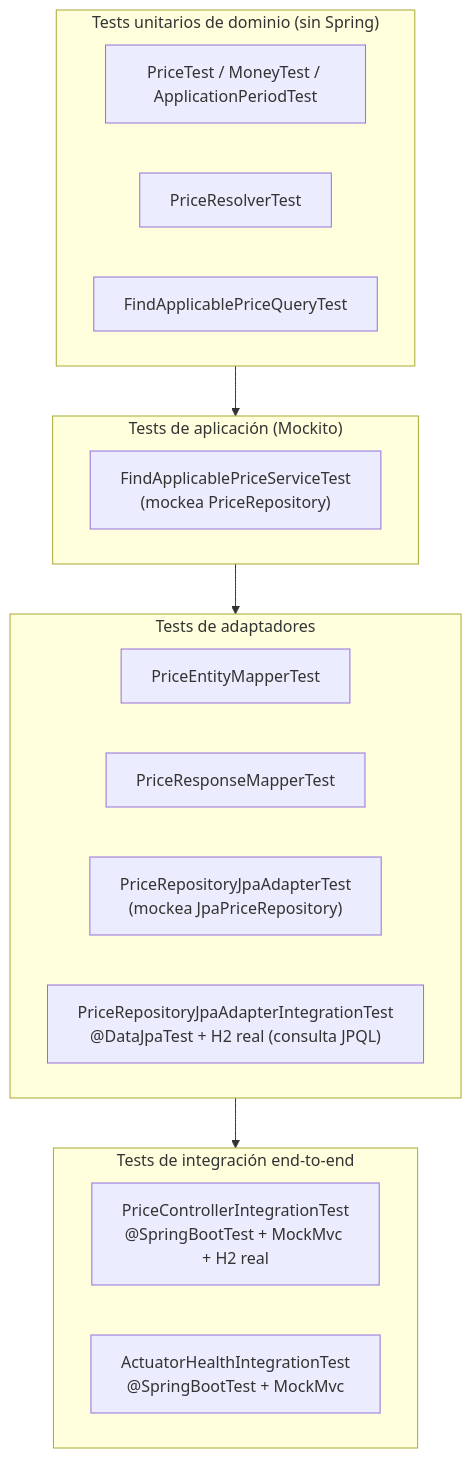
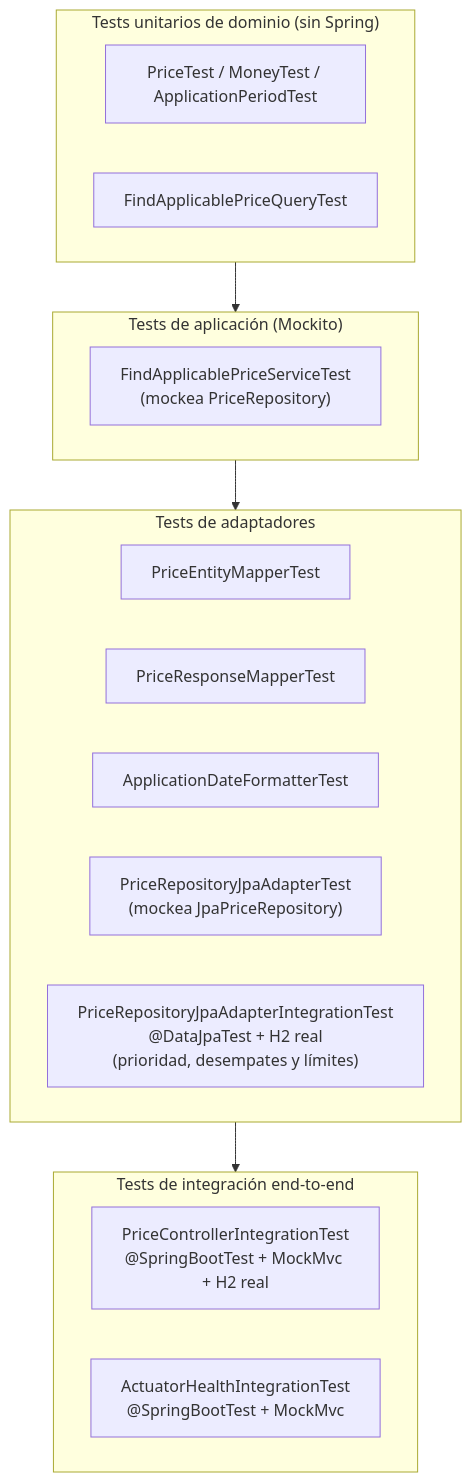
Before and after one commit to emanuelmcp/bcnc-inditex: the sixth of 6 diagrams in README.md, drawn with Mermaid. The commit also changed other lines of this file, not shown here.

````diff
--- a/README.md
+++ b/README.md
@@ -483,23 +499,23 @@
 ```mermaid
 flowchart TD
   subgraph Dominio["Tests unitarios de dominio (sin Spring)"]
     T1["PriceTest / MoneyTest / ApplicationPeriodTest"]
-    T2["PriceResolverTest"]
-    T3["FindApplicablePriceQueryTest"]
+    T2["FindApplicablePriceQueryTest"]
   end
   subgraph Aplicacion["Tests de aplicación (Mockito)"]
-    T4["FindApplicablePriceServiceTest<br/>(mockea PriceRepository)"]
+    T3["FindApplicablePriceServiceTest<br/>(mockea PriceRepository)"]
   end
   subgraph Infra["Tests de adaptadores"]
-    T5["PriceEntityMapperTest"]
-    T6["PriceResponseMapperTest"]
+    T4["PriceEntityMapperTest"]
+    T5["PriceResponseMapperTest"]
+    T6["ApplicationDateFormatterTest"]
     T7["PriceRepositoryJpaAdapterTest<br/>(mockea JpaPriceRepository)"]
-    T10["PriceRepositoryJpaAdapterIntegrationTest<br/>@DataJpaTest + H2 real (consulta JPQL)"]
+    T8["PriceRepositoryJpaAdapterIntegrationTest<br/>@DataJpaTest + H2 real<br/>(prioridad, desempates y límites)"]
   end
   subgraph Integracion["Tests de integración end-to-end"]
-    T8["PriceControllerIntegrationTest<br/>@SpringBootTest + MockMvc + H2 real"]
-    T9["ActuatorHealthIntegrationTest<br/>@SpringBootTest + MockMvc"]
+    T9["PriceControllerIntegrationTest<br/>@SpringBootTest + MockMvc + H2 real"]
+    T10["ActuatorHealthIntegrationTest<br/>@SpringBootTest + MockMvc"]
   end
 
   Dominio --> Aplicacion --> Infra --> Integracion
 ```
````
